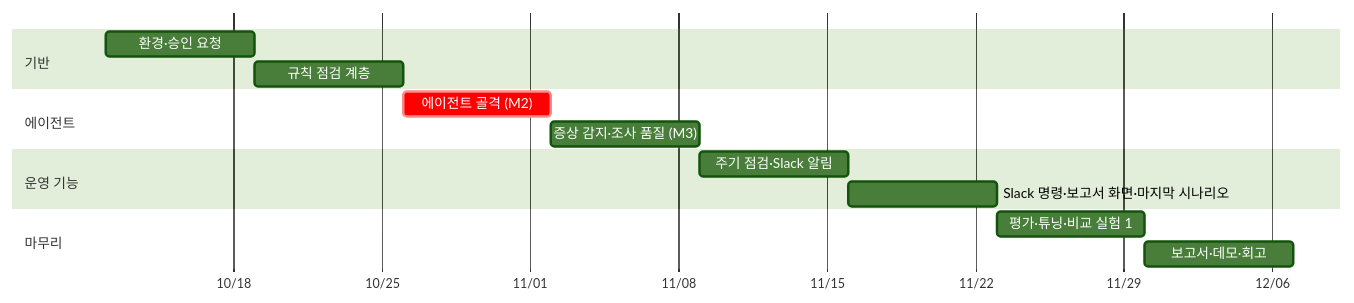
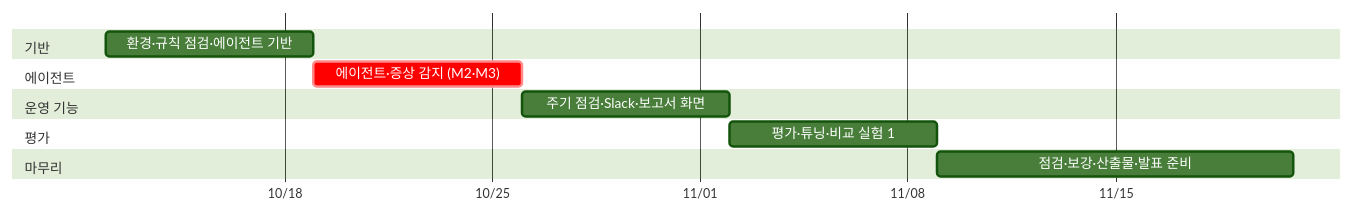
The diagram in docs/02-execution-plan.md (skax-jihyeryu/KubeGuardian), drawn with Mermaid (forest theme) before and after one commit. The commit also changed other lines of this file and 10 other files, not shown here.

````diff
--- a/docs/02-execution-plan.md
+++ b/docs/02-execution-plan.md
@@ -251,17 +253,15 @@
 ```mermaid
 gantt
     dateFormat YYYY-MM-DD
     axisFormat %m/%d
     section 기반
-    환경·승인 요청 :w1, 2026-10-12, 7d
-    규칙 점검 계층 :w2, after w1, 7d
+    환경·규칙 점검·에이전트 기반 :w1, 2026-10-12, 7d
     section 에이전트
-    에이전트 골격 (M2) :crit, w3, after w2, 7d
-    증상 감지·조사 품질 (M3) :w4, after w3, 7d
+    에이전트·증상 감지 (M2·M3) :crit, w2, after w1, 7d
     section 운영 기능
-    주기 점검·Slack 알림 :w5, after w4, 7d
-    Slack 명령·보고서 화면·마지막 시나리오 :w6, after w5, 7d
+    주기 점검·Slack·보고서 화면 :w3, after w2, 7d
+    section 평가
+    평가·튜닝·비교 실험 1 :w4, after w3, 7d
     section 마무리
-    평가·튜닝·비교 실험 1 :w7, after w6, 7d
-    보고서·데모·회고 :w8, after w7, 7d
+    점검·보강·산출물·발표 준비 :f, after w4, 12d
 ```
````
